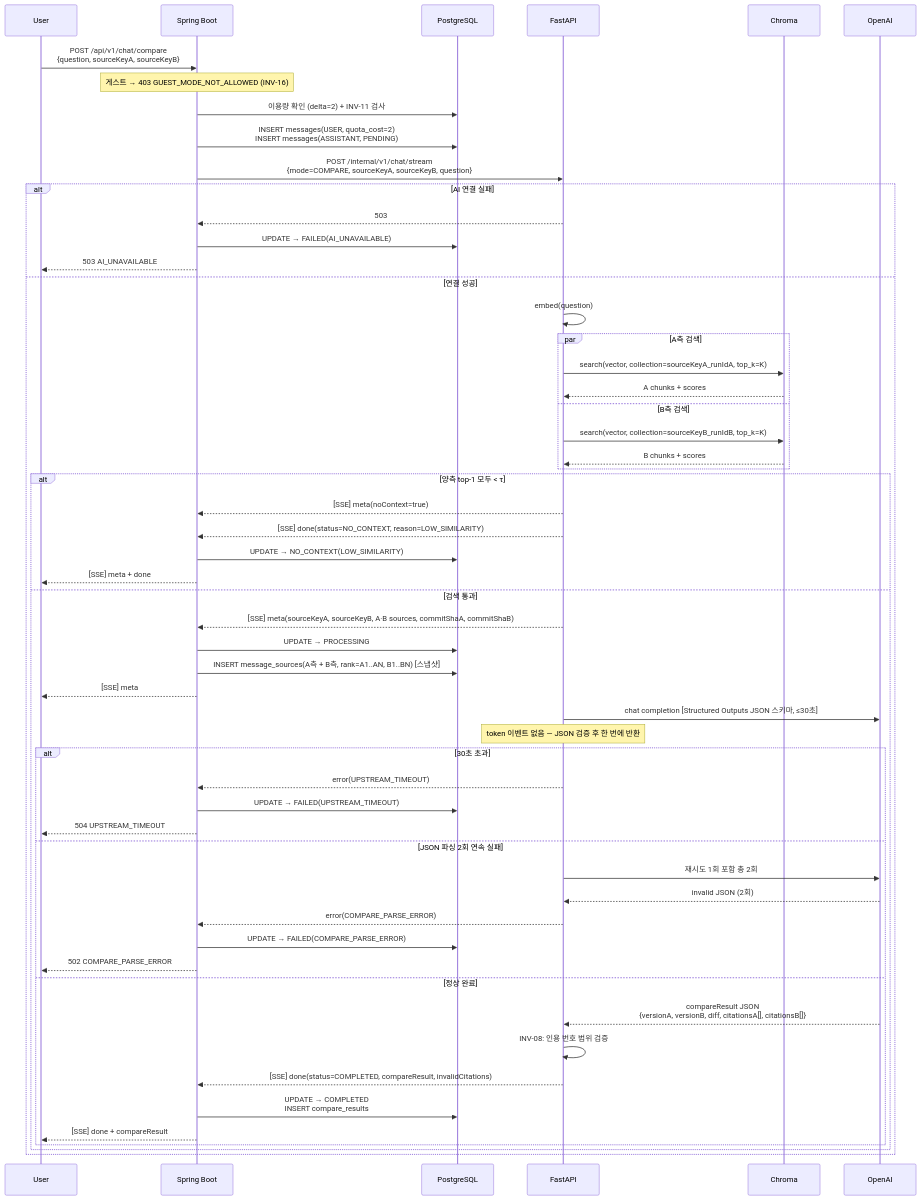
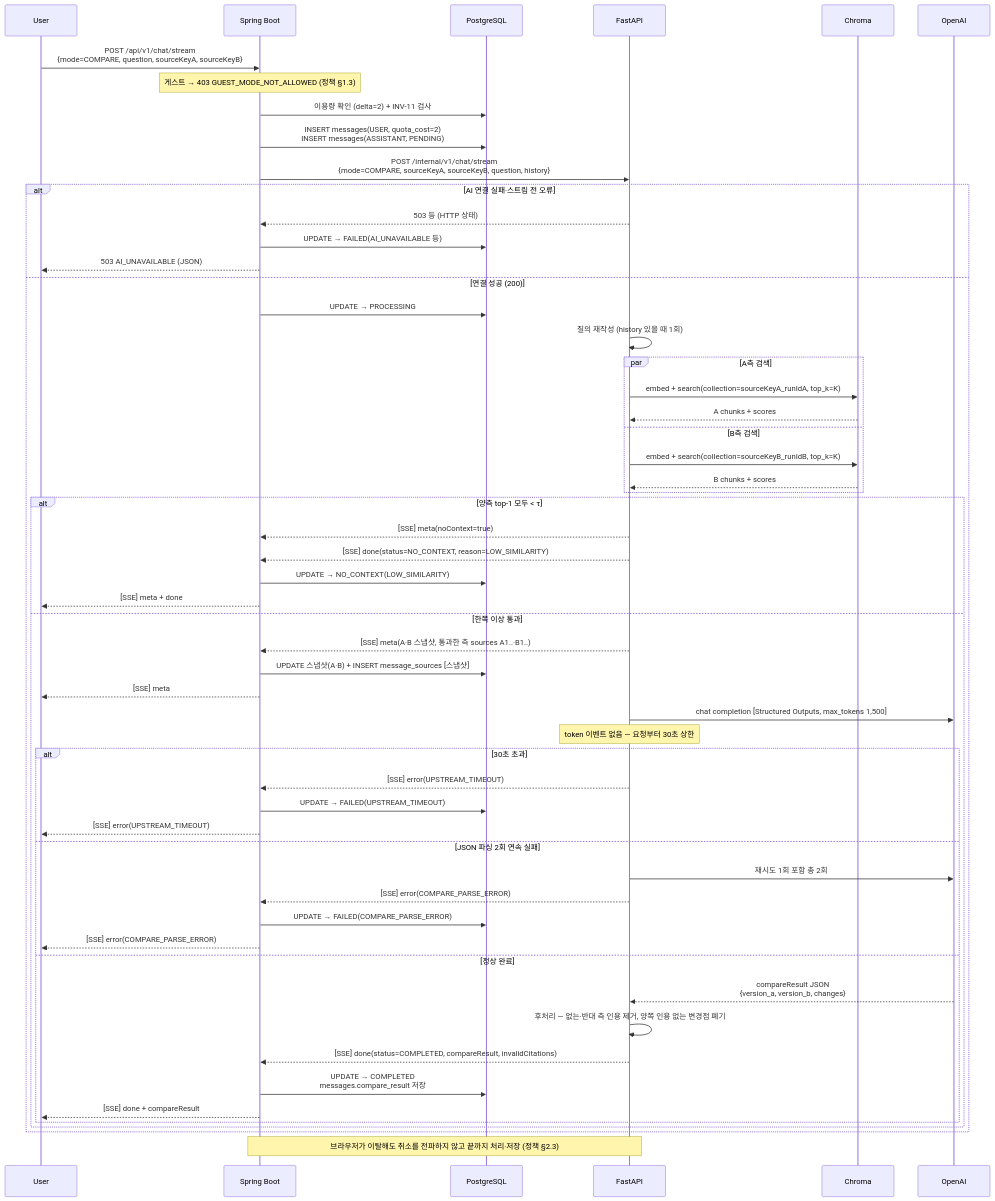
One commit to r1nn-dev/contextq-rag changed the ninth of 12 diagrams in docs/architecture/diagrams.md. Above: the diagram before and after it, drawn with Mermaid. The commit also changed other lines of this file and 22 other files, not shown here.

````diff
--- a/docs/architecture/diagrams.md
+++ b/docs/architecture/diagrams.md
@@ -349,65 +349,65 @@
 ```mermaid
 sequenceDiagram
     participant U as User
     participant BE as Spring Boot
     participant DB as PostgreSQL
     participant AI as FastAPI
     participant VDB as Chroma
     participant LLM as OpenAI
 
-    U->>BE: POST /api/v1/chat/compare<br/>{question, sourceKeyA, sourceKeyB}
-    Note over BE: 게스트 → 403 GUEST_MODE_NOT_ALLOWED (INV-16)
+    U->>BE: POST /api/v1/chat/stream<br/>{mode=COMPARE, question, sourceKeyA, sourceKeyB}
+    Note over BE: 게스트 → 403 GUEST_MODE_NOT_ALLOWED (정책 §1.3)
     BE->>DB: 이용량 확인 (delta=2) + INV-11 검사
     BE->>DB: INSERT messages(USER, quota_cost=2)<br/>INSERT messages(ASSISTANT, PENDING)
 
-    BE->>AI: POST /internal/v1/chat/stream<br/>{mode=COMPARE, sourceKeyA, sourceKeyB, question}
+    BE->>AI: POST /internal/v1/chat/stream<br/>{mode=COMPARE, sourceKeyA, sourceKeyB, question, history}
 
-    alt AI 연결 실패
-        AI-->>BE: 503
-        BE->>DB: UPDATE → FAILED(AI_UNAVAILABLE)
-        BE-->>U: 503 AI_UNAVAILABLE
-    else 연결 성공
-        AI->>AI: embed(question)
+    alt AI 연결 실패·스트림 전 오류
+        AI-->>BE: 503 등 (HTTP 상태)
+        BE->>DB: UPDATE → FAILED(AI_UNAVAILABLE 등)
+        BE-->>U: 503 AI_UNAVAILABLE (JSON)
+    else 연결 성공 (200)
+        BE->>DB: UPDATE → PROCESSING
+        AI->>AI: 질의 재작성 (history 있을 때 1회)
 
         par A측 검색
-            AI->>VDB: search(vector, collection=sourceKeyA_runIdA, top_k=K)
+            AI->>VDB: embed + search(collection=sourceKeyA_runIdA, top_k=K)
             VDB-->>AI: A chunks + scores
         and B측 검색
-            AI->>VDB: search(vector, collection=sourceKeyB_runIdB, top_k=K)
+            AI->>VDB: embed + search(collection=sourceKeyB_runIdB, top_k=K)
             VDB-->>AI: B chunks + scores
         end
 
         alt 양측 top-1 모두 < τ
             AI-->>BE: [SSE] meta(noContext=true)
             AI-->>BE: [SSE] done(status=NO_CONTEXT, reason=LOW_SIMILARITY)
             BE->>DB: UPDATE → NO_CONTEXT(LOW_SIMILARITY)
             BE-->>U: [SSE] meta + done
-        else 검색 통과
-            AI-->>BE: [SSE] meta(sourceKeyA, sourceKeyB, A·B sources, commitShaA, commitShaB)
-            BE->>DB: UPDATE → PROCESSING
-            BE->>DB: INSERT message_sources(A측 + B측, rank=A1..AN, B1..BN) [스냅샷]
+        else 한쪽 이상 통과
+            AI-->>BE: [SSE] meta(A·B 스냅샷, 통과한 측 sources A1..·B1..)
+            BE->>DB: UPDATE 스냅샷(A·B) + INSERT message_sources [스냅샷]
             BE-->>U: [SSE] meta
 
-            AI->>LLM: chat completion [Structured Outputs JSON 스키마, ≤30초]
-            Note over AI: token 이벤트 없음 — JSON 검증 후 한 번에 반환
+            AI->>LLM: chat completion [Structured Outputs, max_tokens 1,500]
+            Note over AI: token 이벤트 없음 — 요청부터 30초 상한
 
             alt 30초 초과
-                AI-->>BE: error(UPSTREAM_TIMEOUT)
+                AI-->>BE: [SSE] error(UPSTREAM_TIMEOUT)
                 BE->>DB: UPDATE → FAILED(UPSTREAM_TIMEOUT)
-                BE-->>U: 504 UPSTREAM_TIMEOUT
+                BE-->>U: [SSE] error(UPSTREAM_TIMEOUT)
             else JSON 파싱 2회 연속 실패
                 AI->>LLM: 재시도 1회 포함 총 2회
-                LLM-->>AI: invalid JSON (2회)
-                AI-->>BE: error(COMPARE_PARSE_ERROR)
+                AI-->>BE: [SSE] error(COMPARE_PARSE_ERROR)
                 BE->>DB: UPDATE → FAILED(COMPARE_PARSE_ERROR)
-                BE-->>U: 502 COMPARE_PARSE_ERROR
+                BE-->>U: [SSE] error(COMPARE_PARSE_ERROR)
             else 정상 완료
-                LLM-->>AI: compareResult JSON<br/>{versionA, versionB, diff, citationsA[], citationsB[]}
-                AI->>AI: INV-08: 인용 번호 범위 검증
+                LLM-->>AI: compareResult JSON<br/>{version_a, version_b, changes}
+                AI->>AI: 후처리 — 없는·반대 측 인용 제거, 양쪽 인용 없는 변경점 폐기
                 AI-->>BE: [SSE] done(status=COMPLETED, compareResult, invalidCitations)
-                BE->>DB: UPDATE → COMPLETED<br/>INSERT compare_results
+                BE->>DB: UPDATE → COMPLETED<br/>messages.compare_result 저장
                 BE-->>U: [SSE] done + compareResult
             end
         end
     end
+    Note over BE,AI: 브라우저가 이탈해도 취소를 전파하지 않고 끝까지 처리·저장 (정책 §2.3)
 ```
````
